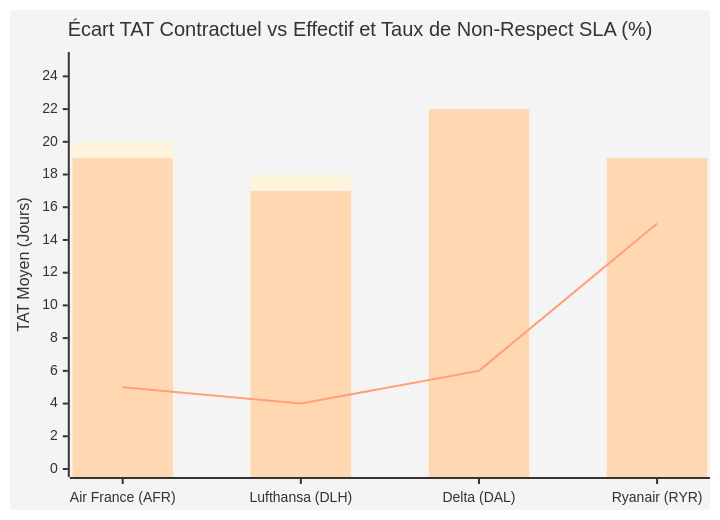
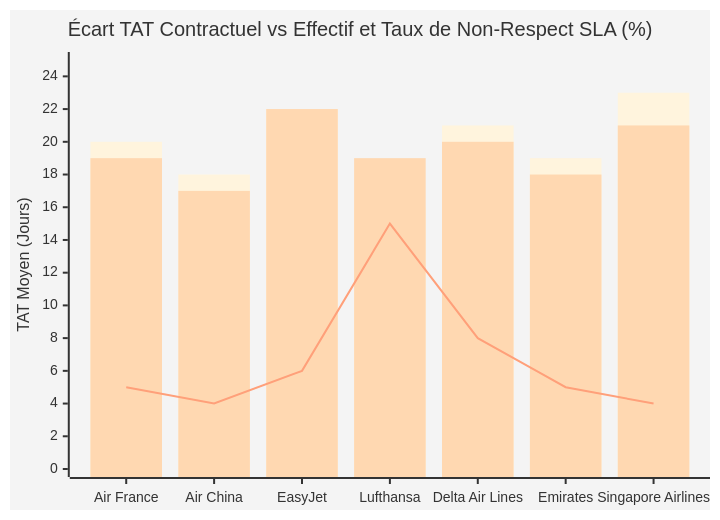
Before and after one commit to quangfr/bimaestro: the seventh of 12 diagrams in content.md, drawn with Mermaid. The commit also changed other lines of this file and 2 other files, not shown here.

Commit message:
feat: alignement modele etape 2 Pxxxxx/D-xxxxx, timeline jalons 4H, matrix 6F, treemap 6H et finitions UX

````diff
--- a/content.md
+++ b/content.md
@@ -373,10 +390,10 @@
 ```mermaid
 %%{init: {'theme': 'base'}}%%
 xychart-beta
     title "Écart TAT Contractuel vs Effectif et Taux de Non-Respect SLA (%)"
-    x-axis ["Air France (AFR)", "Lufthansa (DLH)", "Delta (DAL)", "Ryanair (RYR)"]
+    x-axis ["Air France", "Air China", "EasyJet", "Lufthansa", "Delta Air Lines", "Emirates", "Singapore Airlines"]
     y-axis "TAT Moyen (Jours)" 0 --> 25
-    bar [20, 18, 22, 16]
-    bar [19, 17, 22, 19]
-    line [5, 4, 6, 15]
+    bar [20, 18, 22, 16, 21, 19, 23]
+    bar [19, 17, 22, 19, 20, 18, 21]
+    line [5, 4, 6, 15, 8, 5, 4]
 ```
````
